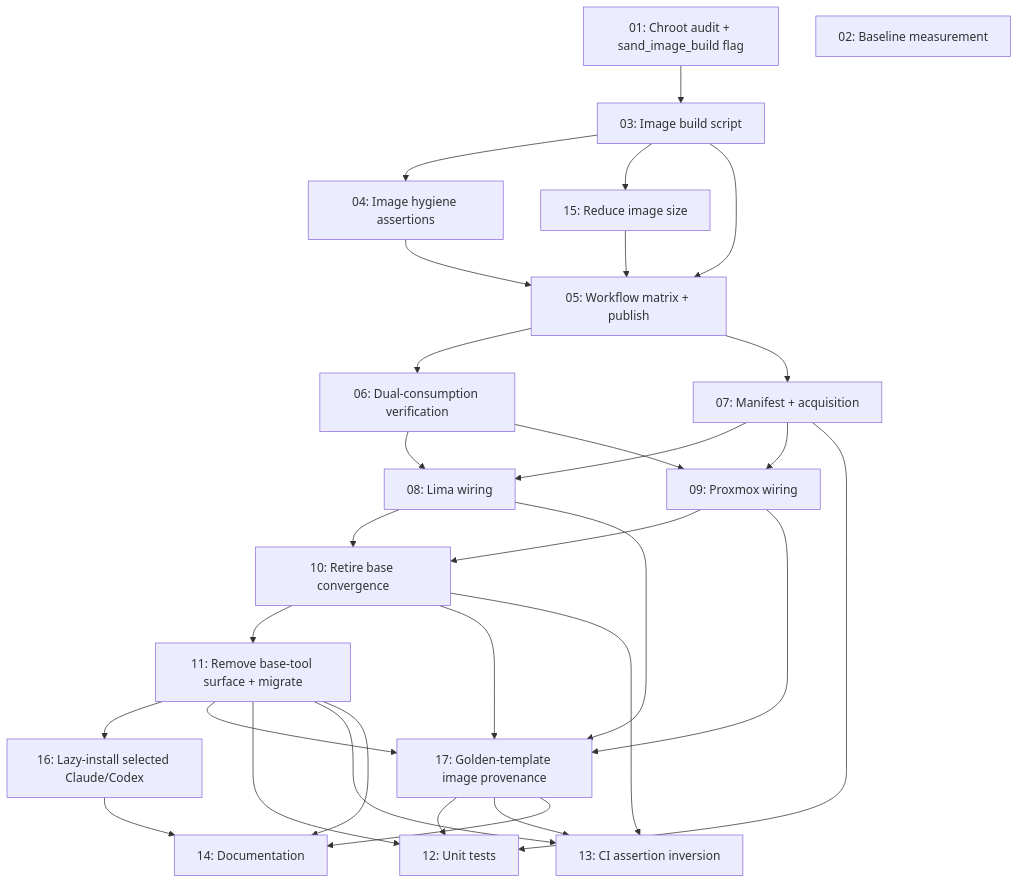
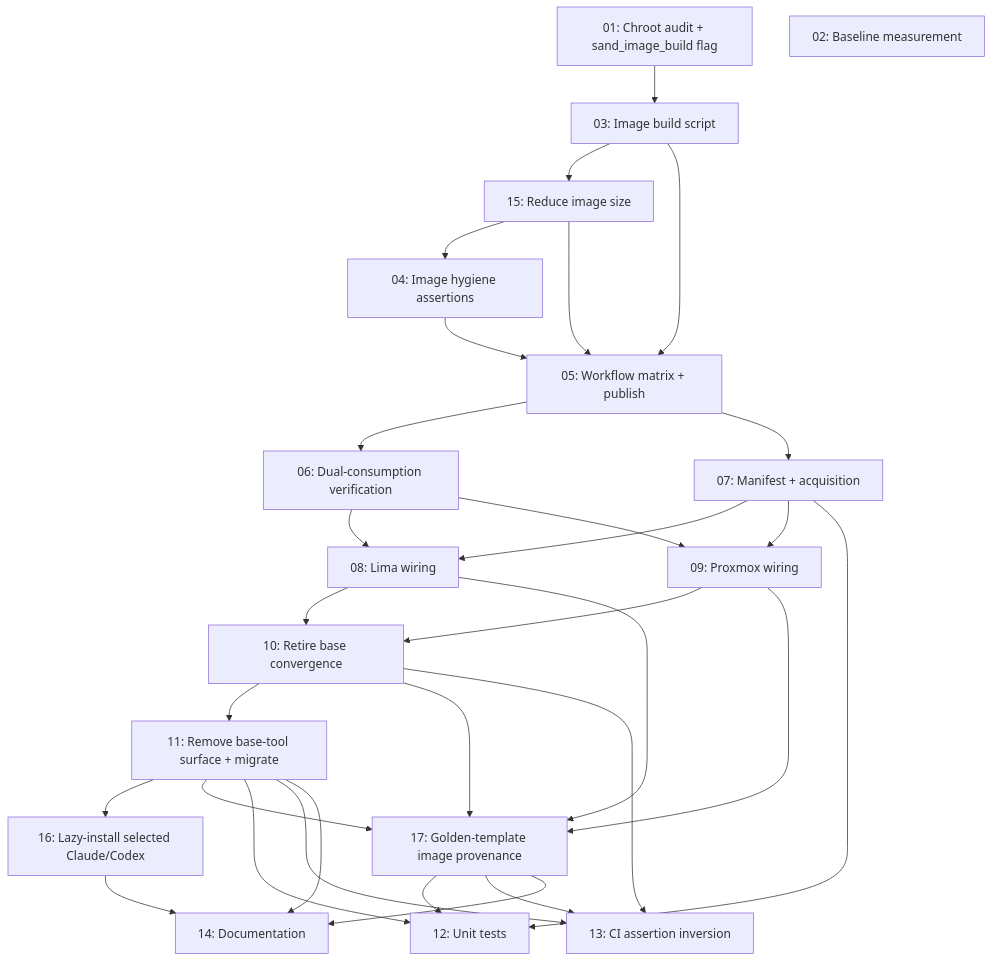
One commit to Lullabot/sandbar changed the second of 2 diagrams in .ai/strikethroo/plans/22--baked-base-images/plan-22--baked-base-images.md. Above: the diagram before and after it, drawn with Mermaid. The commit also changed other lines of this file and 21 other files, not shown here.

````diff
--- a/.ai/strikethroo/plans/22--baked-base-images/plan-22--baked-base-images.md
+++ b/.ai/strikethroo/plans/22--baked-base-images/plan-22--baked-base-images.md
@@ -315,33 +319,33 @@
 ```mermaid
 graph TD
     T01[01: Chroot audit + sand_image_build flag] --> T03[03: Image build script]
     T02[02: Baseline measurement]
-    T03 --> T04[04: Image hygiene assertions]
     T03 --> T15[15: Reduce image size]
+    T15 --> T04[04: Image hygiene assertions]
     T03 --> T05[05: Workflow matrix + publish]
     T04 --> T05
     T15 --> T05
     T05 --> T06[06: Dual-consumption verification]
     T05 --> T07[07: Manifest + acquisition]
     T06 --> T08[08: Lima wiring]
     T07 --> T08
     T06 --> T09[09: Proxmox wiring]
     T07 --> T09
     T08 --> T10[10: Retire base convergence]
     T09 --> T10
     T10 --> T11[11: Remove base-tool surface + migrate]
     T11 --> T16[16: Lazy-install selected Claude/Codex]
     T08 --> T17[17: Golden-template image provenance]
     T09 --> T17
     T10 --> T17
     T11 --> T17
     T07 --> T12[12: Unit tests]
     T11 --> T12
     T17 --> T12
     T10 --> T13[13: CI assertion inversion]
     T11 --> T13
     T17 --> T13
     T11 --> T14[14: Documentation]
     T16 --> T14
     T17 --> T14
 ```
````
